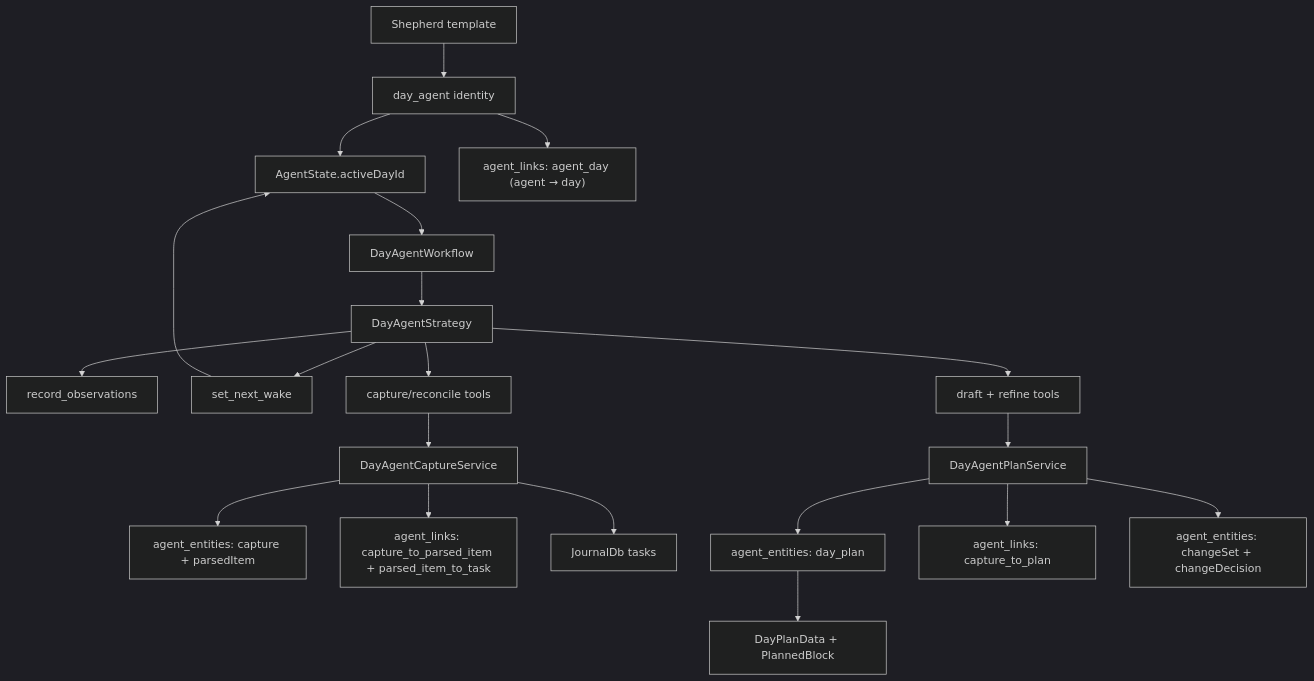
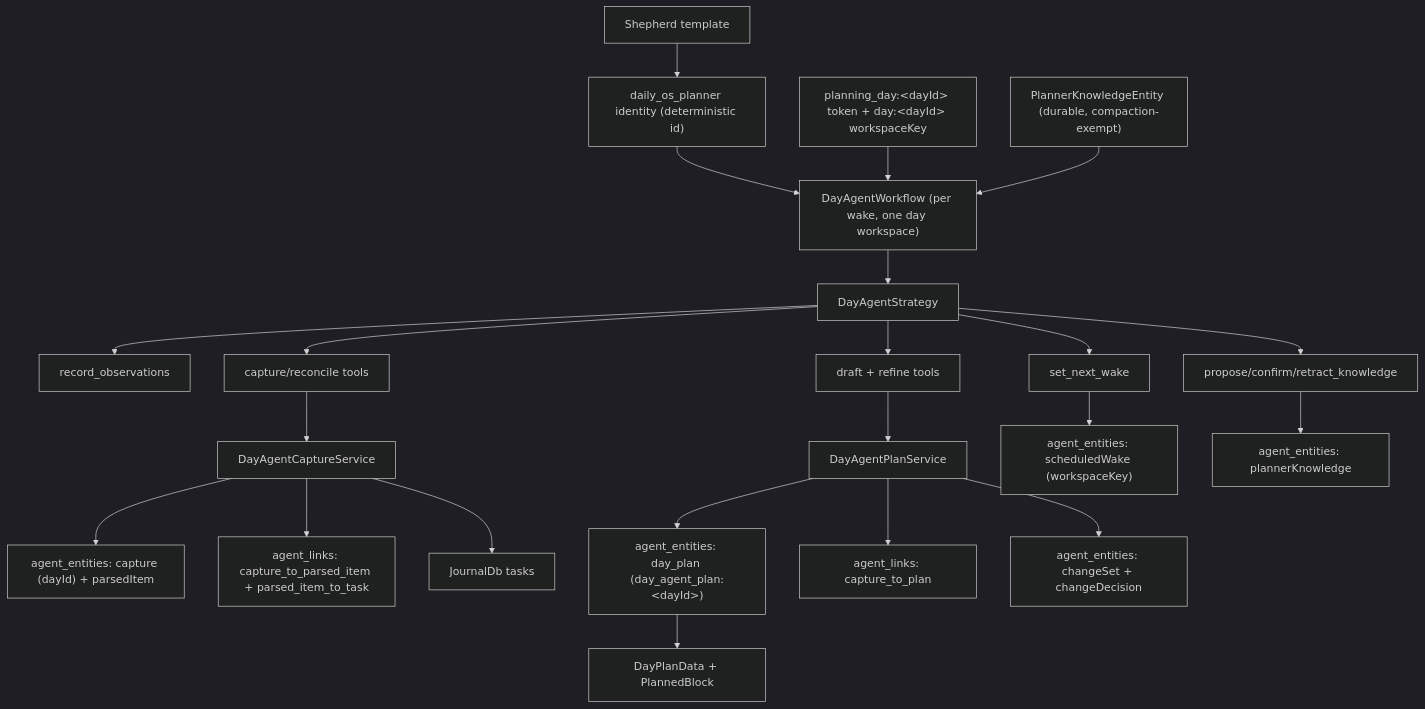
The first of 5 diagrams in lib/features/daily_os_next/README.md (matthiasn/lotti), drawn with Mermaid (dark theme) before and after one commit. The commit also changed other lines of this file and 4 other files, not shown here.

First line of the commit message:
docs(daily-os): rewrite READMEs for the long-lived planner (ADR 0022)

````diff
--- a/lib/features/daily_os_next/README.md
+++ b/lib/features/daily_os_next/README.md
@@ -21,22 +30,24 @@
 ```mermaid
 flowchart TD
-  Template["Shepherd template"] --> Identity["day_agent identity"]
-  Identity --> State["AgentState.activeDayId"]
-  Identity --> DayLink["agent_links: agent_day (agent → day)"]
-  State --> Wake["DayAgentWorkflow"]
+  Template["Shepherd template"] --> Planner["daily_os_planner identity (deterministic id)"]
+  Planner --> Wake["DayAgentWorkflow (per wake, one day workspace)"]
+  Day["planning_day:&lt;dayId&gt; token + day:&lt;dayId&gt; workspaceKey"] --> Wake
+  Knowledge["PlannerKnowledgeEntity (durable, compaction-exempt)"] --> Wake
   Wake --> Strategy["DayAgentStrategy"]
   Strategy --> Observe["record_observations"]
   Strategy --> Schedule["set_next_wake"]
+  Strategy --> KnowledgeTools["propose/confirm/retract_knowledge"]
   Strategy --> CaptureTools["capture/reconcile tools"]
   CaptureTools --> CaptureService["DayAgentCaptureService"]
-  CaptureService --> Entities["agent_entities: capture + parsedItem"]
+  CaptureService --> Entities["agent_entities: capture (dayId) + parsedItem"]
   CaptureService --> Links["agent_links: capture_to_parsed_item + parsed_item_to_task"]
   CaptureService --> Tasks["JournalDb tasks"]
   Strategy --> PlanTools["draft + refine tools"]
   PlanTools --> PlanService["DayAgentPlanService"]
-  PlanService --> DayPlan["agent_entities: day_plan"]
+  PlanService --> DayPlan["agent_entities: day_plan (day_agent_plan:&lt;dayId&gt;)"]
   PlanService --> PlanLinks["agent_links: capture_to_plan"]
   PlanService --> RefineSets["agent_entities: changeSet + changeDecision"]
   DayPlan --> SharedModel["DayPlanData + PlannedBlock"]
-  Schedule --> State
+  Schedule --> ScheduledWake["agent_entities: scheduledWake (workspaceKey)"]
+  KnowledgeTools --> KnowledgeStore["agent_entities: plannerKnowledge"]
 ```
````
